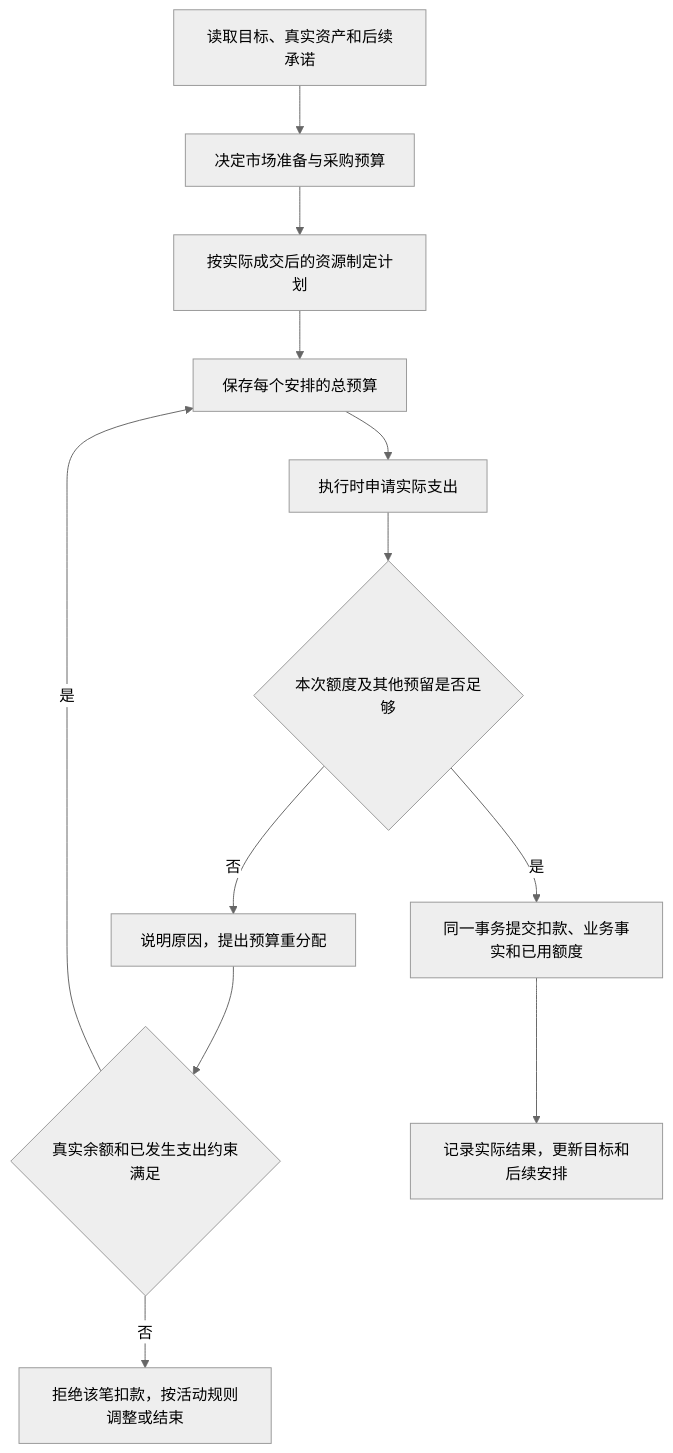
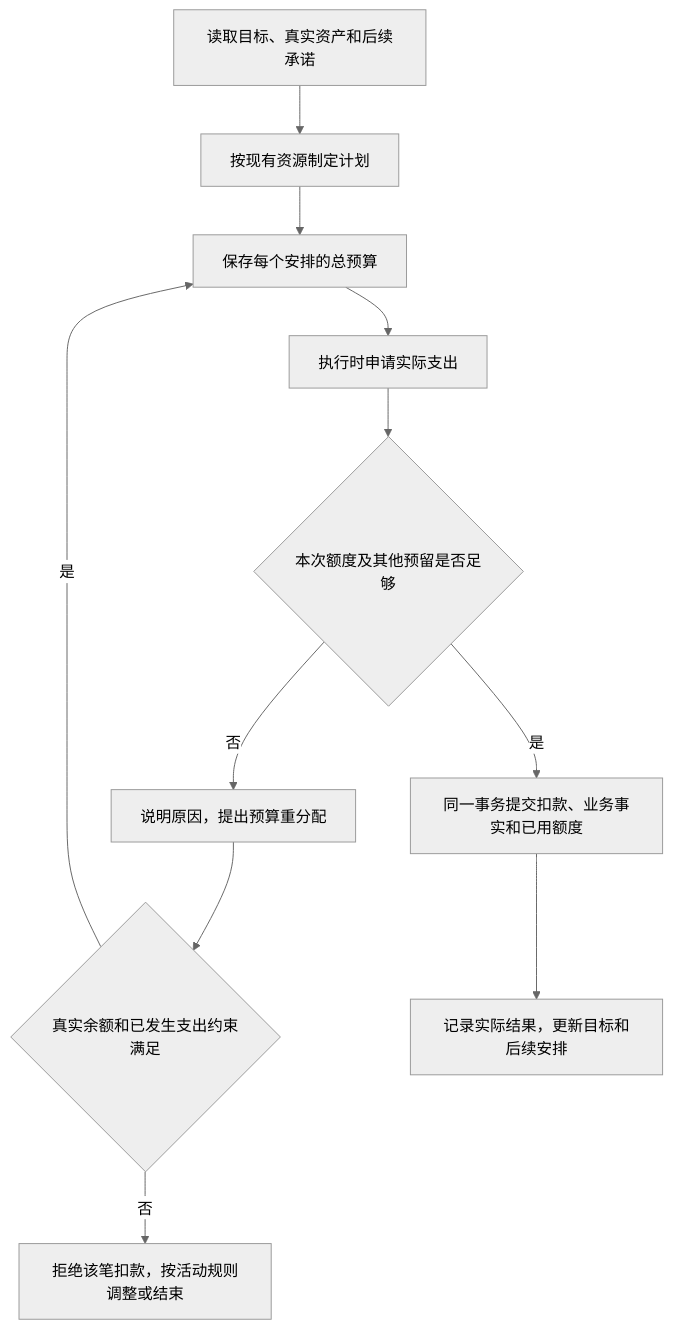
The fourth of 5 diagrams in docs/agents/Agent世界统一生活执行说明.md (TangerineSpecter/O-Doc), drawn with Mermaid (neutral theme) before and after one commit. The commit also changed other lines of this file and 33 other files, not shown here.

````diff
--- a/docs/agents/Agent世界统一生活执行说明.md
+++ b/docs/agents/Agent世界统一生活执行说明.md
@@ -85,14 +89,13 @@
 ```mermaid
 flowchart TD
-    A[读取目标、真实资产和后续承诺] --> B[决定市场准备与采购预算]
-    B --> C[按实际成交后的资源制定计划]
+    A[读取目标、真实资产和后续承诺] --> C[按现有资源制定计划]
     C --> D[保存每个安排的总预算]
     D --> E[执行时申请实际支出]
     E --> F{本次额度及其他预留是否足够}
     F -->|否| G[说明原因，提出预算重分配]
     G --> H{真实余额和已发生支出约束满足}
     H -->|是| D
     H -->|否| I[拒绝该笔扣款，按活动规则调整或结束]
     F -->|是| J[同一事务提交扣款、业务事实和已用额度]
     J --> K[记录实际结果，更新目标和后续安排]
 ```
````
